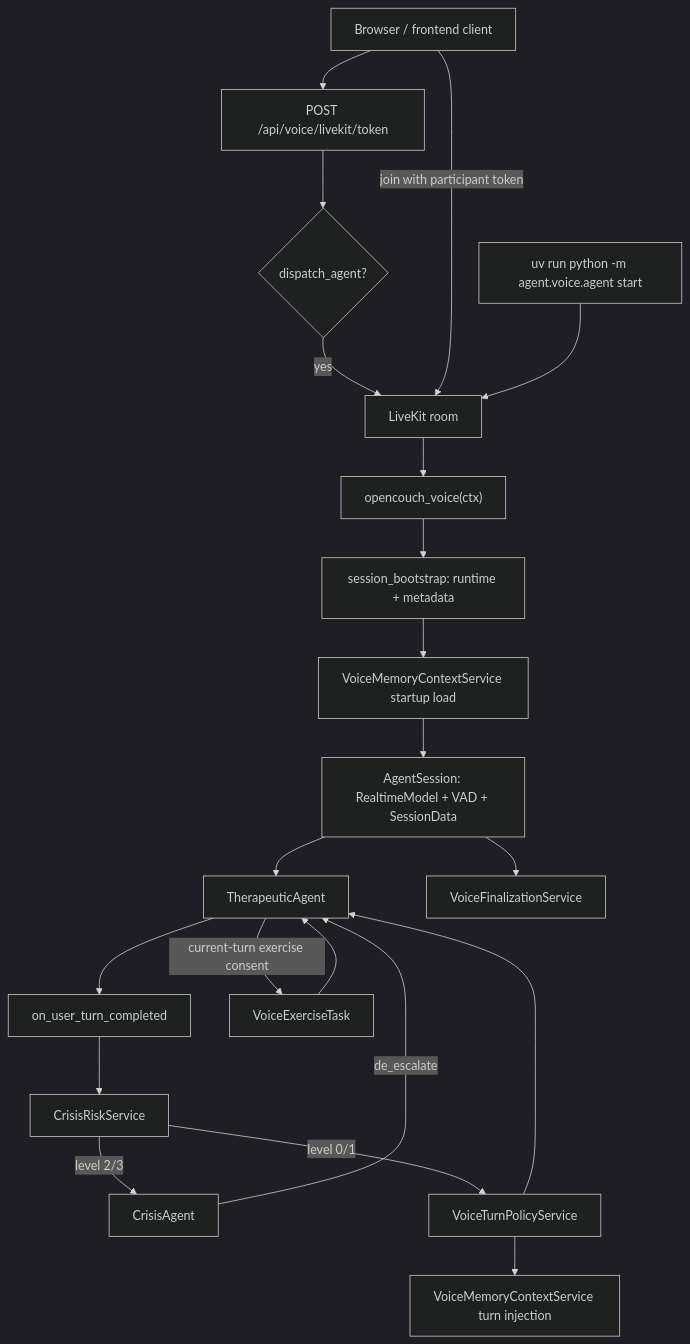
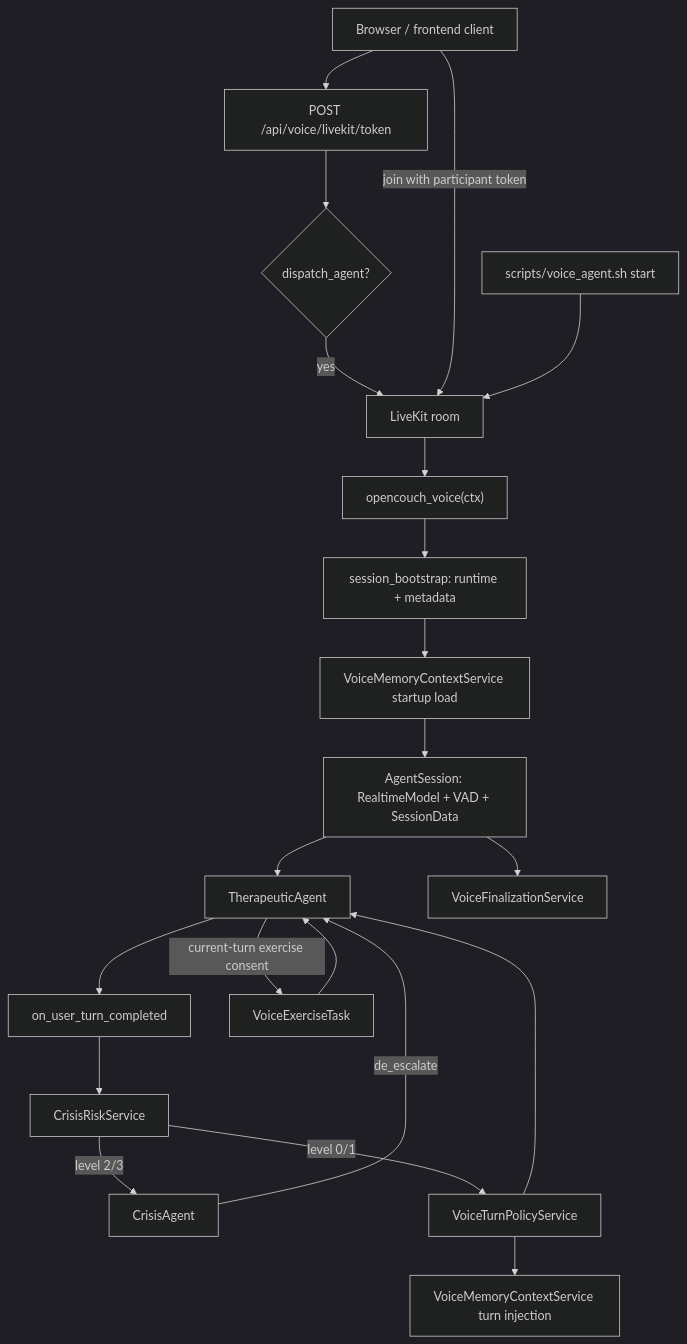
One commit to whanyu1212/OpenCouch changed the diagram in apps/backend/agent/voice/README.md. Above: the diagram before and after it, drawn with Mermaid (dark theme). The commit also changed 29 other files, not shown here.

Commit message:
docs: refresh agent graph and voice runtime docs

````diff
--- a/apps/backend/agent/voice/README.md
+++ b/apps/backend/agent/voice/README.md
@@ -12,27 +12,27 @@
 ```mermaid
 flowchart TD
     Client["Browser / frontend client"] --> Token["POST /api/voice/livekit/token"]
     Token --> Dispatch{"dispatch_agent?"}
     Dispatch -->|yes| Room["LiveKit room"]
     Client -->|join with participant token| Room
-    Worker["uv run python -m agent.voice.agent start"] --> Room
+    Worker["scripts/voice_agent.sh start"] --> Room
 
     Room --> Entry["opencouch_voice(ctx)"]
     Entry --> Bootstrap["session_bootstrap: runtime + metadata"]
     Bootstrap --> Memory["VoiceMemoryContextService startup load"]
     Memory --> Session["AgentSession: RealtimeModel + VAD + SessionData"]
     Session --> Therapeutic["TherapeuticAgent"]
 
     Therapeutic --> TurnPolicy["on_user_turn_completed"]
     TurnPolicy --> CrisisGate["CrisisRiskService"]
     CrisisGate -->|level 2/3| Crisis["CrisisAgent"]
     CrisisGate -->|level 0/1| VoicePolicy["VoiceTurnPolicyService"]
     VoicePolicy --> MemoryInject["VoiceMemoryContextService turn injection"]
     VoicePolicy --> Therapeutic
 
     Therapeutic -->|current-turn exercise consent| Exercise["VoiceExerciseTask"]
     Exercise --> Therapeutic
     Crisis -->|de_escalate| Therapeutic
 
     Session --> Finalizer["VoiceFinalizationService"]
 ```
````
